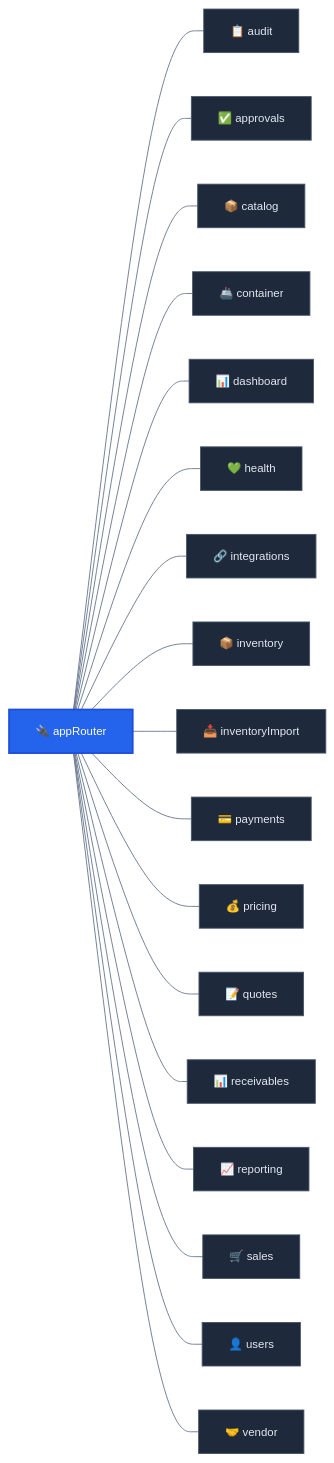
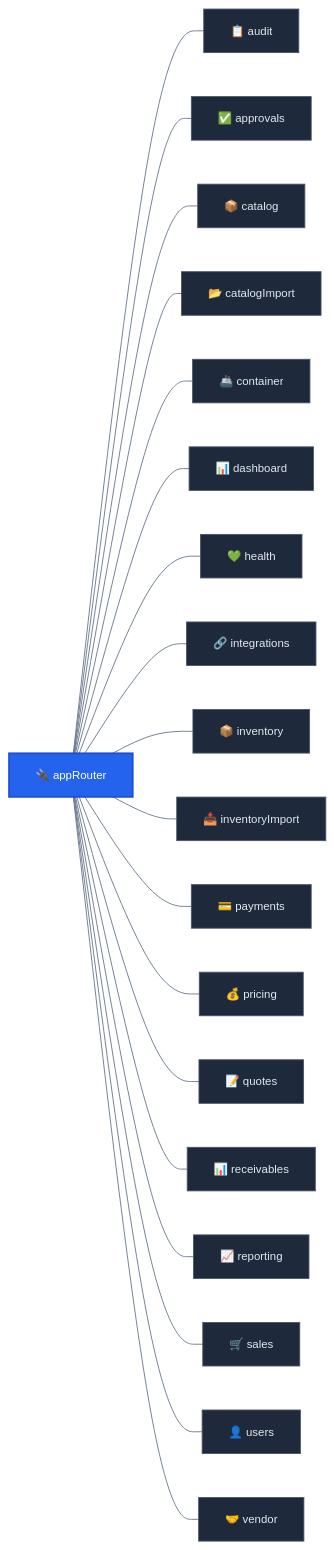
One commit to jesusjosezapata99-jpg/Cendaro changed the third of 9 diagrams in README.md. Above: the diagram before and after it, drawn with Mermaid. The commit also changed other lines of this file and 1 other file, not shown here.

Commit message:
feat: Introduce inventory replacement template and update README with new catalog import router, schema additions, and system growth metrics.

````diff
--- a/README.md
+++ b/README.md
@@ -245,27 +245,28 @@
 ```mermaid
 %%{init: {'theme': 'base', 'themeVariables': {'primaryColor': '#1e293b', 'primaryTextColor': '#e2e8f0', 'primaryBorderColor': '#475569', 'lineColor': '#64748b', 'fontSize': '13px'}}}%%
 
 graph LR
   classDef router fill:#1e293b,stroke:#475569,color:#e2e8f0,stroke-width:1px
   classDef core fill:#2463eb,stroke:#1d4ed8,color:#fff,stroke-width:2px
 
   ROOT["🔌 appRouter"]:::core
 
   ROOT --- A["📋 audit"]:::router
   ROOT --- B["✅ approvals"]:::router
   ROOT --- C["📦 catalog"]:::router
+  ROOT --- CA2["📂 catalogImport"]:::router
   ROOT --- D["🚢 container"]:::router
   ROOT --- E["📊 dashboard"]:::router
   ROOT --- F["💚 health"]:::router
   ROOT --- G["🔗 integrations"]:::router
   ROOT --- H["📦 inventory"]:::router
   ROOT --- I["📥 inventoryImport"]:::router
   ROOT --- J["💳 payments"]:::router
   ROOT --- K["💰 pricing"]:::router
   ROOT --- L["📝 quotes"]:::router
   ROOT --- M["📊 receivables"]:::router
   ROOT --- N["📈 reporting"]:::router
   ROOT --- O["🛒 sales"]:::router
   ROOT --- P["👤 users"]:::router
   ROOT --- Q["🤝 vendor"]:::router
 ```
````
